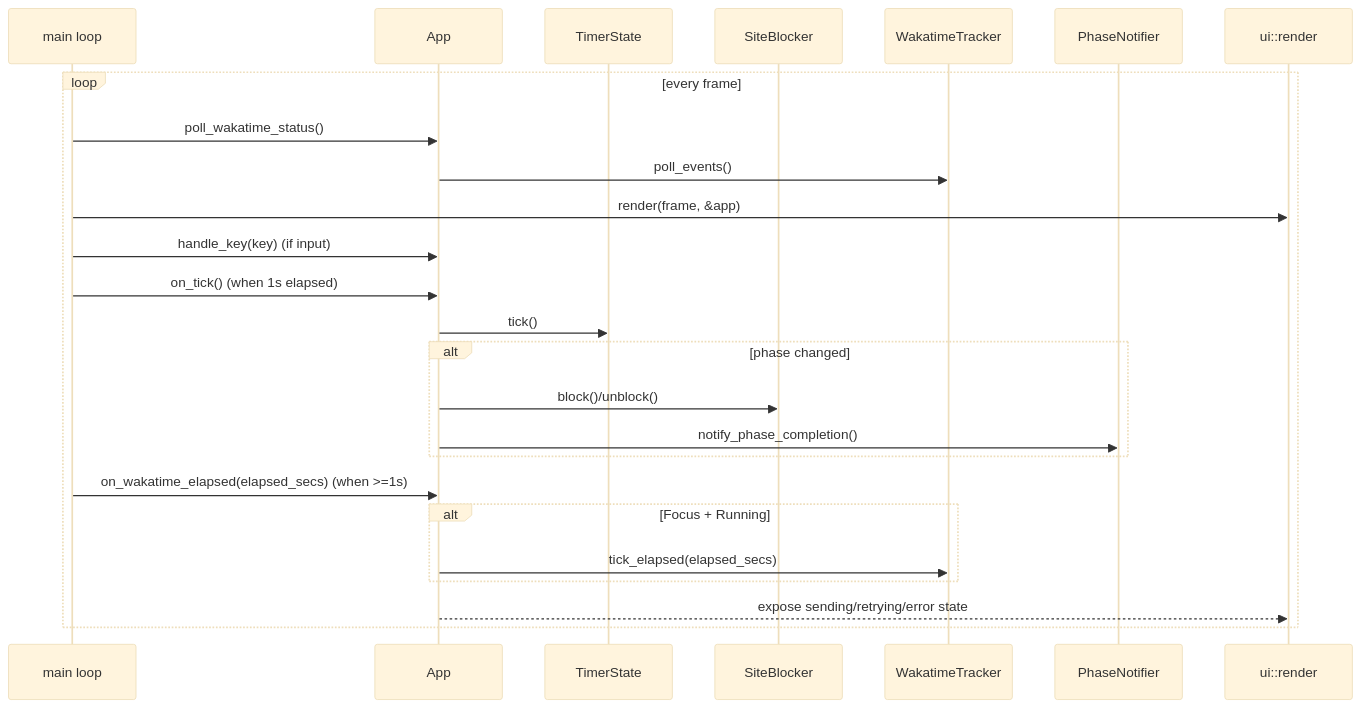
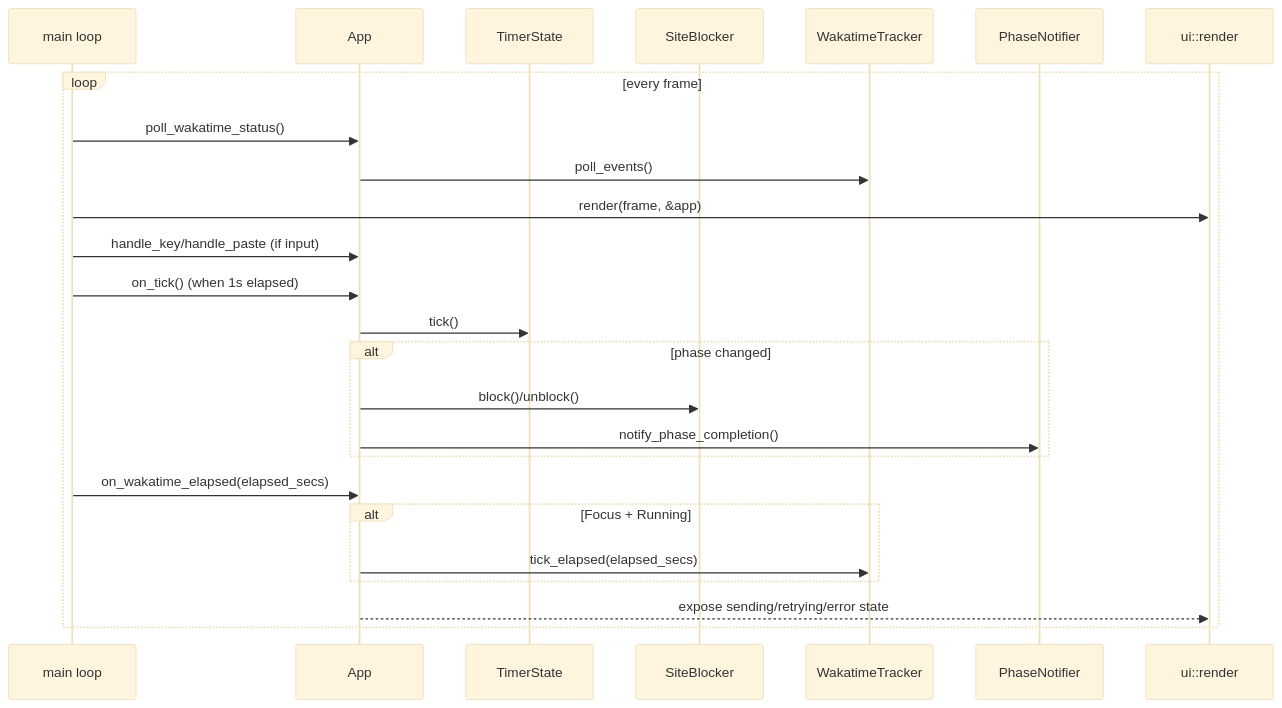
Before and after one commit to utilForever/focustime: the second of 2 diagrams in ARCHITECTURE.md, drawn with Mermaid (base theme). The commit also changed other lines of this file and 3 other files, not shown here.

````diff
--- a/ARCHITECTURE.md
+++ b/ARCHITECTURE.md
@@ -49,28 +69,28 @@
 ```mermaid
 sequenceDiagram
     participant Main as main loop
     participant App as App
     participant Timer as TimerState
     participant Blocker as SiteBlocker
     participant Waka as WakatimeTracker
     participant Notify as PhaseNotifier
     participant UI as ui::render
 
     loop every frame
         Main->>App: poll_wakatime_status()
         App->>Waka: poll_events()
         Main->>UI: render(frame, &app)
-        Main->>App: handle_key(key) (if input)
+        Main->>App: handle_key/handle_paste (if input)
         Main->>App: on_tick() (when 1s elapsed)
         App->>Timer: tick()
         alt phase changed
             App->>Blocker: block()/unblock()
             App->>Notify: notify_phase_completion()
         end
-        Main->>App: on_wakatime_elapsed(elapsed_secs) (when >=1s)
+        Main->>App: on_wakatime_elapsed(elapsed_secs)
         alt Focus + Running
             App->>Waka: tick_elapsed(elapsed_secs)
         end
         App-->>UI: expose sending/retrying/error state
     end
 ```
````
